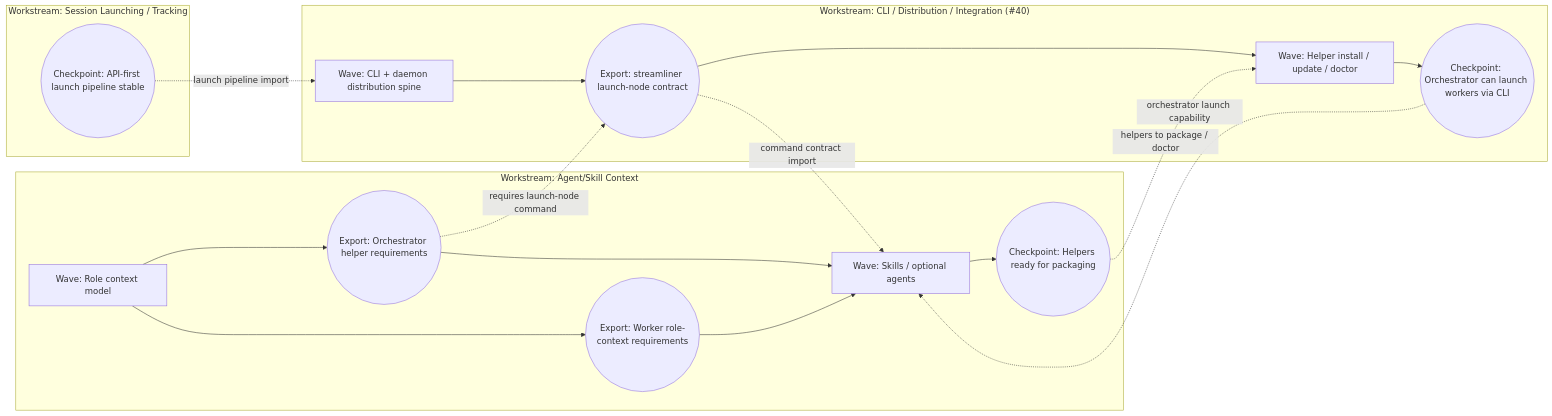
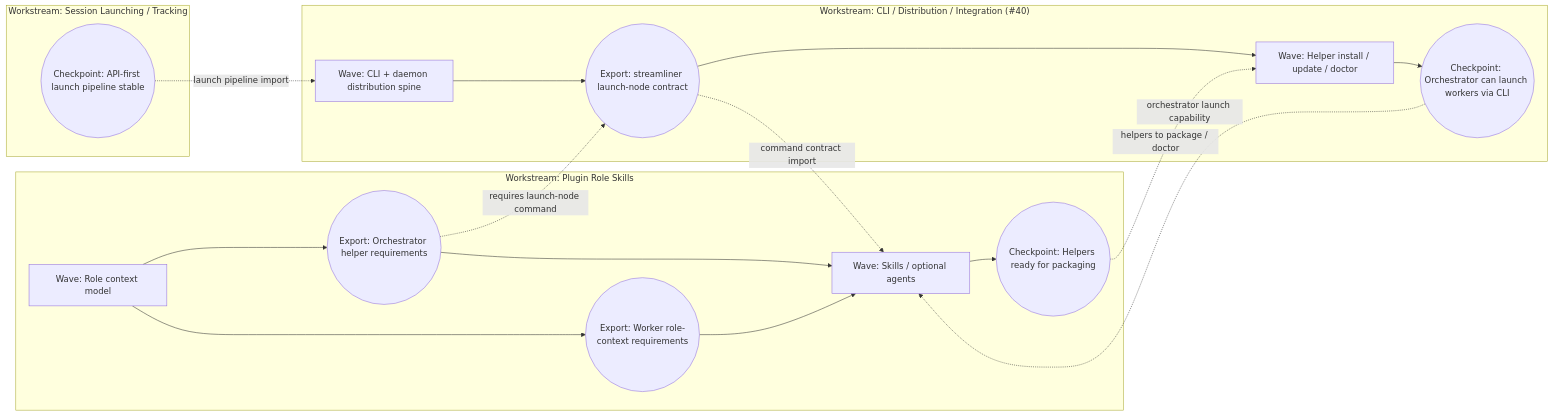
The diagram in .streamliner/shaping/candidates/streamliner-agent-skill-context.md (lossyrob/streamliner), drawn with Mermaid before and after one commit. The commit also changed other lines of this file and 4 other files, not shown here.

````diff
--- a/.streamliner/shaping/candidates/streamliner-agent-skill-context.md
+++ b/.streamliner/shaping/candidates/streamliner-agent-skill-context.md
@@ -304,37 +384,37 @@
 ```mermaid
 flowchart LR
-  subgraph AS["Workstream: Agent/Skill Context"]
+  subgraph AS["Workstream: Plugin Role Skills"]
     AS_W1["Wave: Role context model"]
     AS_E1(("Export: Orchestrator helper requirements"))
     AS_E2(("Export: Worker role-context requirements"))
     AS_W2["Wave: Skills / optional agents"]
     AS_CP(("Checkpoint: Helpers ready for packaging"))
 
     AS_W1 --> AS_E1
     AS_W1 --> AS_E2
     AS_E1 --> AS_W2
     AS_E2 --> AS_W2
     AS_W2 --> AS_CP
   end
 
   subgraph DIST["Workstream: CLI / Distribution / Integration (#40)"]
     D_W1["Wave: CLI + daemon distribution spine"]
     D_E1(("Export: streamliner launch-node contract"))
     D_W2["Wave: Helper install / update / doctor"]
     D_CP(("Checkpoint: Orchestrator can launch workers via CLI"))
 
     D_W1 --> D_E1
     D_E1 --> D_W2
     D_W2 --> D_CP
   end
 
   subgraph LAUNCH["Workstream: Session Launching / Tracking"]
     L_CP(("Checkpoint: API-first launch pipeline stable"))
   end
 
   L_CP -. "launch pipeline import" .-> D_W1
   AS_E1 -. "requires launch-node command" .-> D_E1
   D_E1 -. "command contract import" .-> AS_W2
   AS_CP -. "helpers to package / doctor" .-> D_W2
   D_CP -. "orchestrator launch capability" .-> AS_W2
 ```
````
